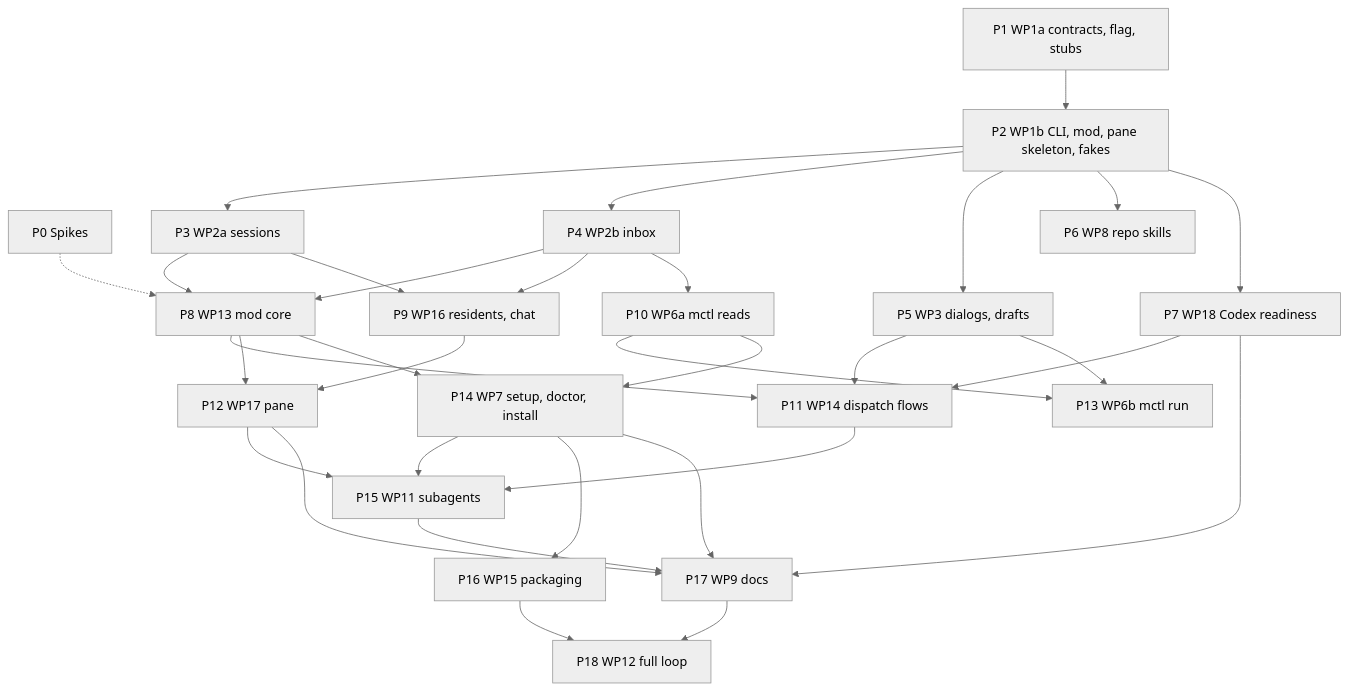
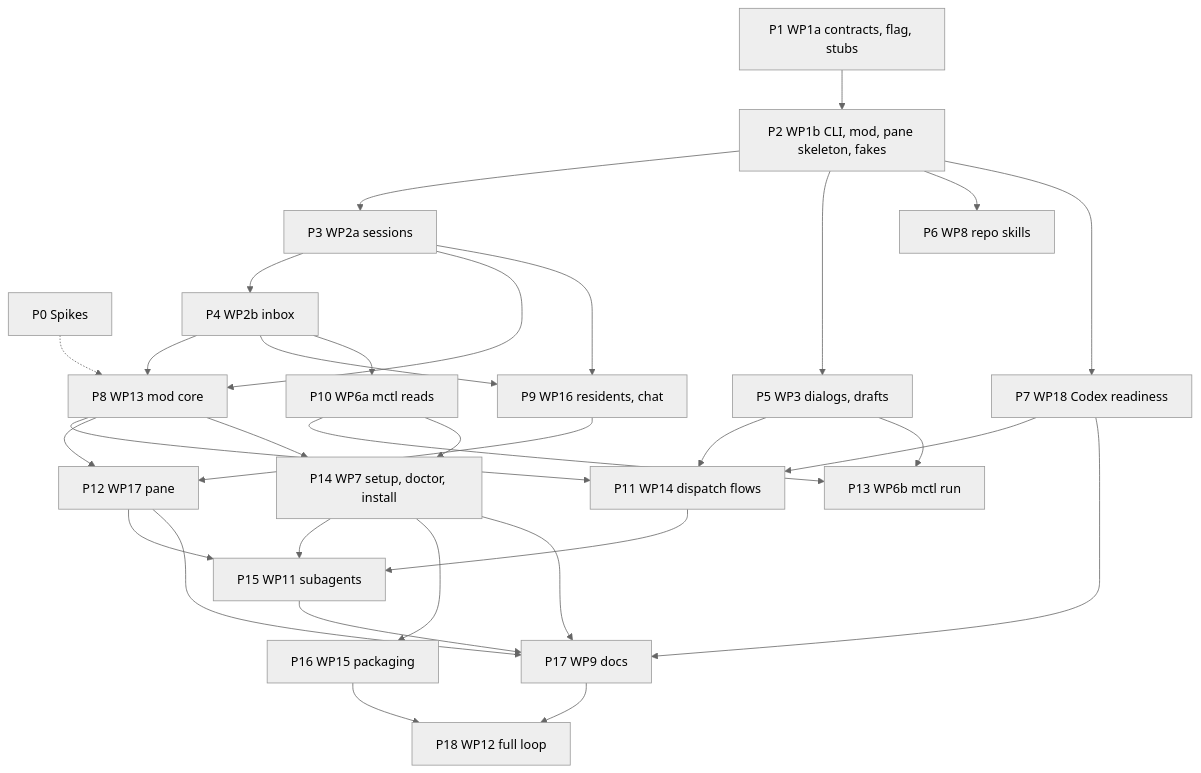
One commit to teamupstart/mission-control changed the third of 3 diagrams in docs/plans/headless-mode-implementation/plan.md. Above: the diagram before and after it, drawn with Mermaid (neutral theme). The commit also changed other lines of this file and 9 other files, not shown here.

````diff
--- a/docs/plans/headless-mode-implementation/plan.md
+++ b/docs/plans/headless-mode-implementation/plan.md
@@ -189,34 +189,34 @@
 ```mermaid
 flowchart TD
   P0[P0 Spikes] -.-> P8
   P1[P1 WP1a contracts, flag, stubs] --> P2[P2 WP1b CLI, mod, pane skeleton, fakes]
   P2 --> P3[P3 WP2a sessions]
-  P2 --> P4[P4 WP2b inbox]
+  P3 --> P4[P4 WP2b inbox]
   P2 --> P5[P5 WP3 dialogs, drafts]
   P2 --> P6[P6 WP8 repo skills]
   P2 --> P7[P7 WP18 Codex readiness]
   P3 --> P8[P8 WP13 mod core]
   P4 --> P8
   P3 --> P9[P9 WP16 residents, chat]
   P4 --> P9
   P4 --> P10[P10 WP6a mctl reads]
   P8 --> P11[P11 WP14 dispatch flows]
   P5 --> P11
   P7 --> P11
   P8 --> P12[P12 WP17 pane]
   P9 --> P12
   P10 --> P13[P13 WP6b mctl run]
   P5 --> P13
   P8 --> P14[P14 WP7 setup, doctor, install]
   P10 --> P14
   P11 --> P15[P15 WP11 subagents]
   P12 --> P15
   P14 --> P15
   P14 --> P16[P16 WP15 packaging]
   P14 --> P17[P17 WP9 docs]
   P15 --> P17
   P12 --> P17
   P7 --> P17
   P17 --> P18[P18 WP12 full loop]
   P16 --> P18
 ```
````
